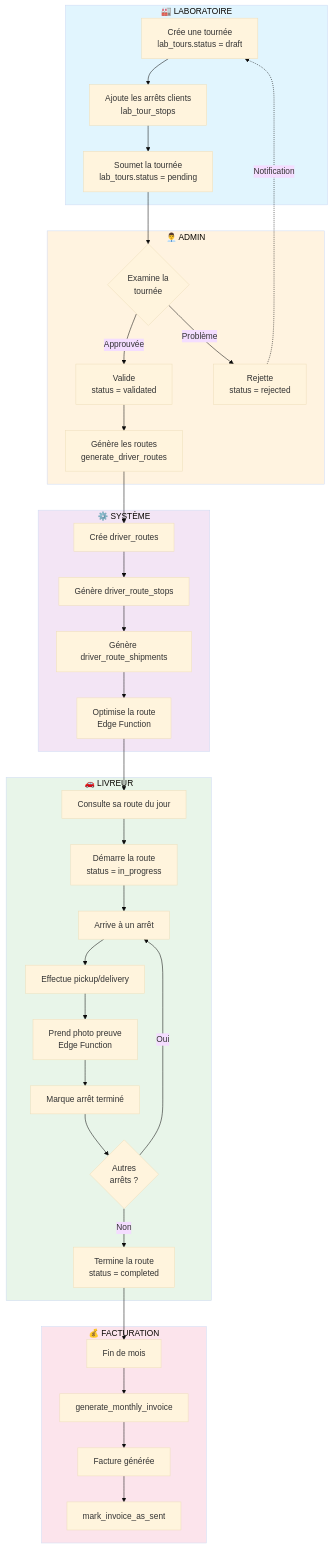
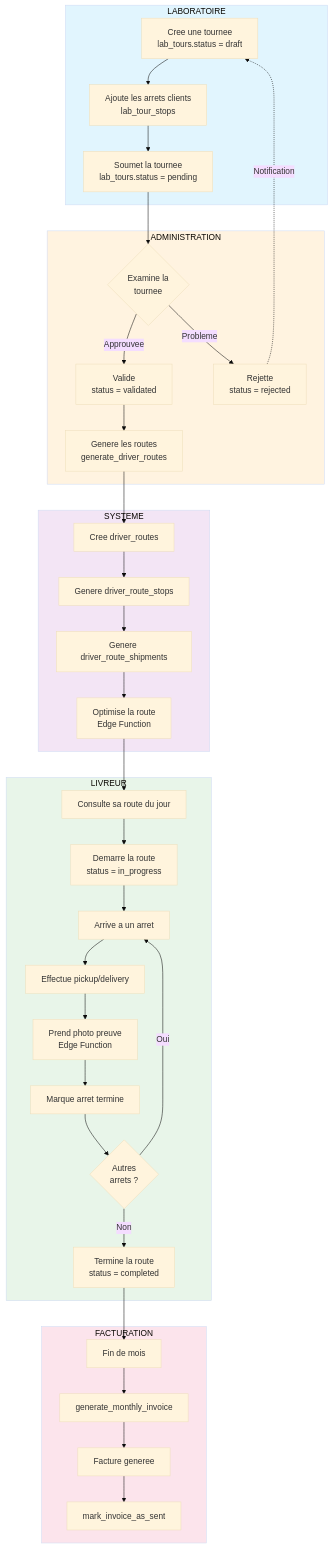
One commit to blackrolf/provence-courses-supabase changed the second of 5 diagrams in README.md. Above: the diagram before and after it, drawn with Mermaid (base theme). The commit also changed other lines of this file, not shown here.

First line of the commit message:
Diagrammes Mermaid en sections pliables, sans emojis

````diff
--- a/README.md
+++ b/README.md
@@ -164,60 +185,60 @@
 ```mermaid
 flowchart TB
-    subgraph LAB["🏭 LABORATOIRE"]
-        L1[Crée une tournée<br/>lab_tours.status = draft]
-        L2[Ajoute les arrêts clients<br/>lab_tour_stops]
-        L3[Soumet la tournée<br/>lab_tours.status = pending]
+    subgraph LAB["LABORATOIRE"]
+        L1[Cree une tournee<br/>lab_tours.status = draft]
+        L2[Ajoute les arrets clients<br/>lab_tour_stops]
+        L3[Soumet la tournee<br/>lab_tours.status = pending]
     end
 
-    subgraph ADMIN["👨‍💼 ADMIN"]
-        A1{Examine la<br/>tournée}
+    subgraph ADMIN["ADMINISTRATION"]
+        A1{Examine la<br/>tournee}
         A2[Valide<br/>status = validated]
         A3[Rejette<br/>status = rejected]
-        A4[Génère les routes<br/>generate_driver_routes]
+        A4[Genere les routes<br/>generate_driver_routes]
     end
 
-    subgraph SYSTEM["⚙️ SYSTÈME"]
-        S1[Crée driver_routes]
-        S2[Génère driver_route_stops]
-        S3[Génère driver_route_shipments]
+    subgraph SYSTEM["SYSTEME"]
+        S1[Cree driver_routes]
+        S2[Genere driver_route_stops]
+        S3[Genere driver_route_shipments]
         S4[Optimise la route<br/>Edge Function]
     end
 
-    subgraph DRIVER["🚗 LIVREUR"]
+    subgraph DRIVER["LIVREUR"]
         D1[Consulte sa route du jour]
-        D2[Démarre la route<br/>status = in_progress]
-        D3[Arrive à un arrêt]
+        D2[Demarre la route<br/>status = in_progress]
+        D3[Arrive a un arret]
         D4[Effectue pickup/delivery]
         D5[Prend photo preuve<br/>Edge Function]
-        D6[Marque arrêt terminé]
-        D7{Autres<br/>arrêts ?}
+        D6[Marque arret termine]
+        D7{Autres<br/>arrets ?}
         D8[Termine la route<br/>status = completed]
     end
 
-    subgraph BILLING["💰 FACTURATION"]
+    subgraph BILLING["FACTURATION"]
         B1[Fin de mois]
         B2[generate_monthly_invoice]
-        B3[Facture générée]
+        B3[Facture generee]
         B4[mark_invoice_as_sent]
     end
 
     L1 --> L2 --> L3 --> A1
-    A1 -->|Approuvée| A2
-    A1 -->|Problème| A3
+    A1 -->|Approuvee| A2
+    A1 -->|Probleme| A3
     A2 --> A4
     A3 -.->|Notification| L1
 
     A4 --> S1 --> S2 --> S3 --> S4
 
     S4 --> D1 --> D2 --> D3 --> D4 --> D5 --> D6 --> D7
     D7 -->|Oui| D3
     D7 -->|Non| D8
 
     D8 --> B1 --> B2 --> B3 --> B4
 
     style LAB fill:#e1f5fe
     style ADMIN fill:#fff3e0
     style SYSTEM fill:#f3e5f5
     style DRIVER fill:#e8f5e9
     style BILLING fill:#fce4ec
 ```
````
